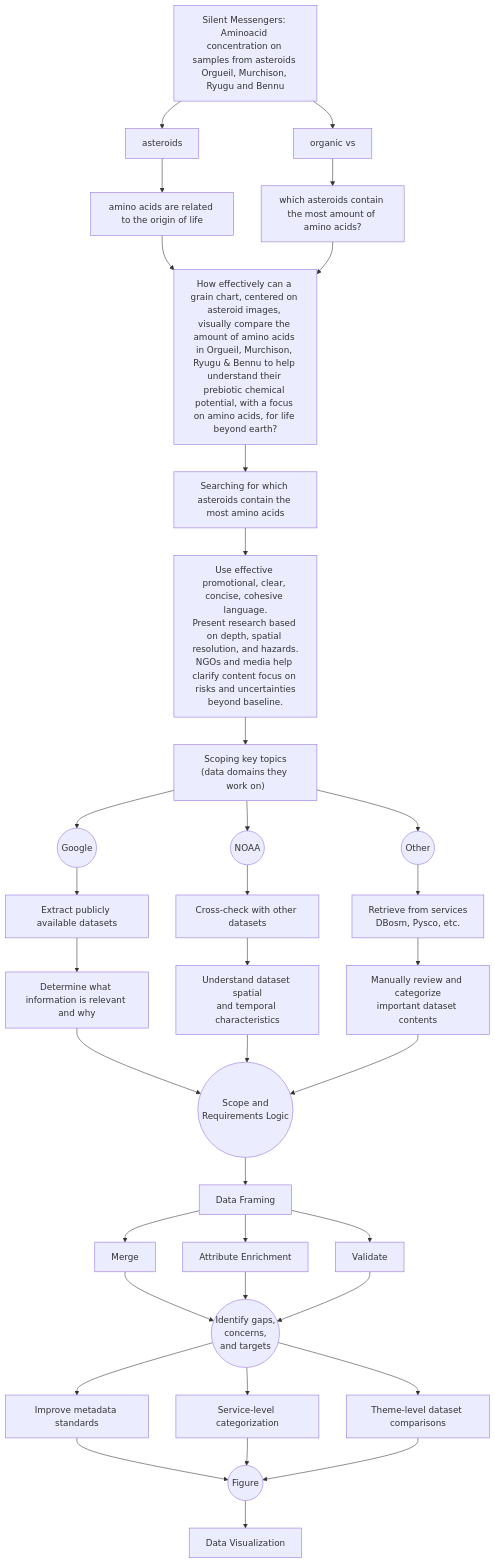
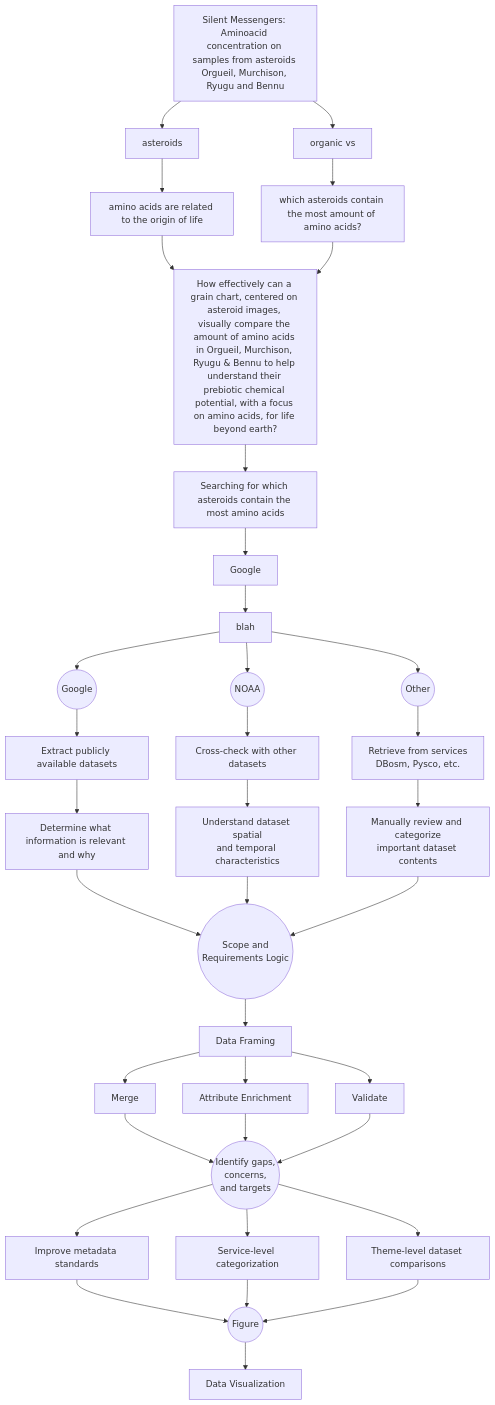
One commit to rubenroesti/DDD-2025-Group08 changed the diagram in README.md. Above: the diagram before and after it, drawn with Mermaid.

````diff
--- a/README.md
+++ b/README.md
@@ -20,77 +20,77 @@
 ```mermaid
     flowchart TD
 
 %% ============================
 %% PRELIMINARY RESEARCH
 %% ============================
 
 A["Silent Messengers: Aminoacid concentration on samples from asteroids Orgueil, Murchison, Ryugu and Bennu"]
 
 A --> B1["asteroids"]
 A --> B2["organic vs"]
 
 B1 --> C1["amino acids are related to the origin of life"]
 B2 --> C2["which asteroids contain the most amount of amino acids?"]
 
 C1 --> D["How effectively can a grain chart, centered on asteroid images, visually compare the amount of amino acids in Orgueil, Murchison, Ryugu & Bennu to help understand their prebiotic chemical potential, with a focus on amino acids, for life beyond earth?"]
 C2 --> D
 
 D --> E["Searching for which asteroids contain the most amino acids"]
 
-E --> F["Use effective promotional, clear, concise, cohesive language.\nPresent research based on depth, spatial resolution, and hazards.\nNGOs and media help clarify content focus on risks and uncertainties\nbeyond baseline."]
+E --> F["Google"]
 
 %% ============================
 %% DATA COLLECTION
 %% ============================
 
-F --> G["Scoping key topics\n(data domains they work on)"]
+F --> G["blah"]
 
 G --> H1((Google))
 G --> H2((NOAA))
 G --> H3((Other))
 
 H1 --> I1["Extract publicly available datasets"]
 H2 --> I2["Cross-check with other datasets"]
 H3 --> I3["Retrieve from services\nDBosm, Pysco, etc."]
 
 %% ============================
 %% DATA ANALYSIS
 %% ============================
 
 I1 --> J1["Determine what information is relevant and why"]
 I2 --> J2["Understand dataset spatial\nand temporal characteristics"]
 I3 --> J3["Manually review and categorize\nimportant dataset contents"]
 
 J1 --> K((Scope and\nRequirements Logic))
 J2 --> K
 J3 --> K
 
 %% ============================
 %% DATASET BUILDING
 %% ============================
 
 K --> L["Data Framing"]
 
 L --> M1["Merge"]
 L --> M2["Attribute Enrichment"]
 L --> M3["Validate"]
 
 M1 --> N((Identify gaps,\nconcerns,\nand targets))
 M2 --> N
 M3 --> N
 
 N --> O1["Improve metadata standards"]
 N --> O2["Service-level categorization"]
 N --> O3["Theme-level dataset comparisons"]
 
 %% ============================
 %% DATA VISUALIZATION
 %% ============================
 
 O1 --> P((Figure))
 O2 --> P
 O3 --> P
 
 P --> Q["Data Visualization"]
 
 ```
````
